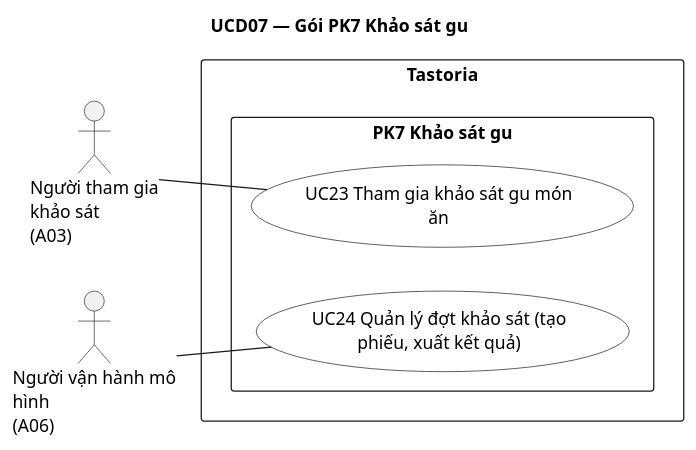
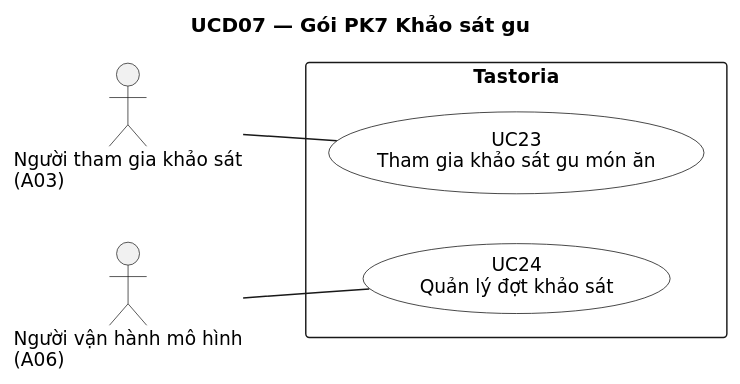
Before and after one commit to NamBuw/Tastoria: the diagram in docs/uml/usecase/UCD07-khao-sat-gu.puml, drawn with PlantUML. The commit also changed 484 other files, not shown here.

First line of the commit message:
docs: split UML and ERD diagrams into one-topic views from a single model

```diff
--- a/docs/uml/usecase/UCD07-khao-sat-gu.puml
+++ b/docs/uml/usecase/UCD07-khao-sat-gu.puml
@@ -1,25 +1,26 @@
 @startuml
 title UCD07 — Gói PK7 Khảo sát gu
-' Sinh từ docs/sad/model.yaml (actors, use_cases, rels). Không sửa tay mã định danh.
+' Sinh từ docs/sad/tools/diagrams/model.py — sửa ở đó rồi chạy gen_puml.py, không sửa tay.
+skinparam shadowing false
+skinparam defaultFontName DejaVu Sans
+skinparam defaultFontSize 13
+skinparam dpi 110
+
 left to right direction
 skinparam packageStyle rectangle
 skinparam actorStyle stick
 skinparam usecase {
   BackgroundColor White
   BorderColor Black
 }
 
-actor "Người tham gia\nkhảo sát\n(A03)" as A03
-actor "Người vận hành mô\nhình\n(A06)" as A06
-
+actor "Người tham gia khảo sát\n(A03)" as A03
+actor "Người vận hành mô hình\n(A06)" as A06
 rectangle "Tastoria" {
-  package "PK7 Khảo sát gu" as PK7 {
-    usecase "UC23 Tham gia khảo sát gu món\năn" as UC23
-    usecase "UC24 Quản lý đợt khảo sát (tạo\nphiếu, xuất kết quả)" as UC24
-  }
+  usecase "UC23\nTham gia khảo sát gu món ăn" as UC23
+  usecase "UC24\nQuản lý đợt khảo sát" as UC24
 }
 
 A03 -- UC23
 A06 -- UC24
-
 @enduml
```
